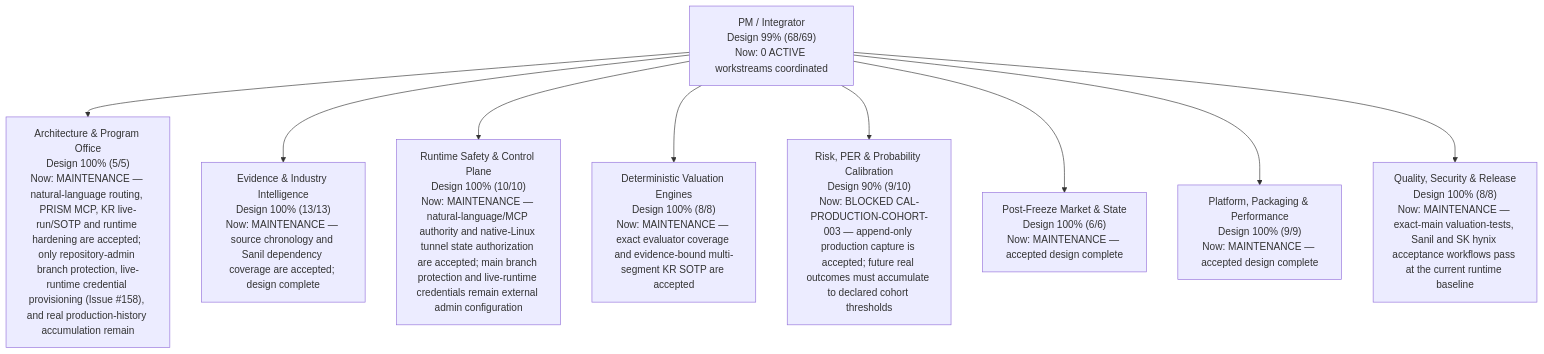
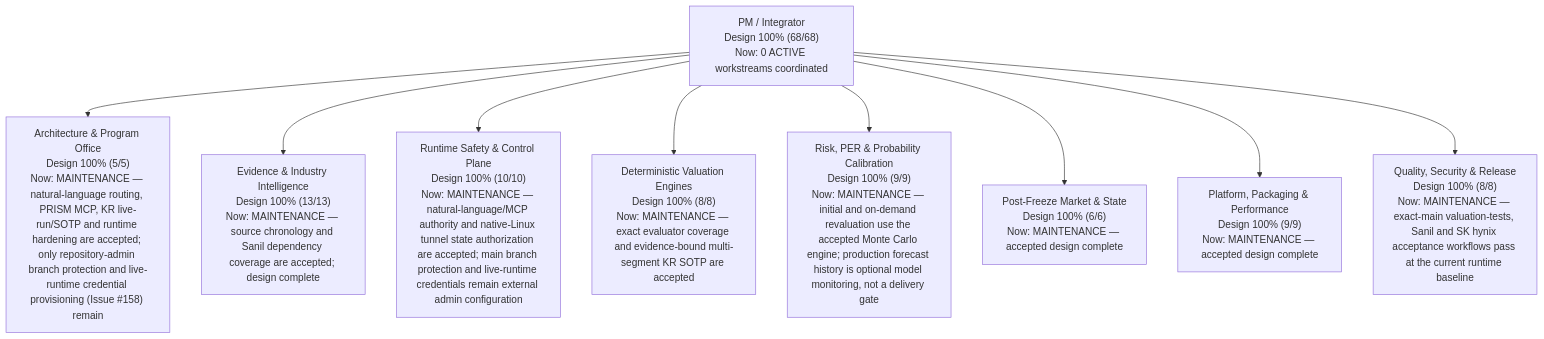
The diagram in PROJECT_STATUS.md (newwonwoo/valuation), drawn with Mermaid before and after one commit. The commit also changed other lines of this file, not shown here.

Commit message:
Regenerate project status without calibration blocker

````diff
--- a/PROJECT_STATUS.md
+++ b/PROJECT_STATUS.md
@@ -24,12 +24,12 @@
 ```mermaid
 flowchart TB
-  PM["PM / Integrator<br/>Design 99% (68/69)<br/>Now: 0 ACTIVE workstreams coordinated"]
-  PM --> PMO["Architecture & Program Office<br/>Design 100% (5/5)<br/>Now: MAINTENANCE — natural-language routing, PRISM MCP, KR live-run/SOTP and runtime hardening are accepted; only repository-admin branch protection, live-runtime credential provisioning (Issue #158), and real production-history accumulation remain"]
+  PM["PM / Integrator<br/>Design 100% (68/68)<br/>Now: 0 ACTIVE workstreams coordinated"]
+  PM --> PMO["Architecture & Program Office<br/>Design 100% (5/5)<br/>Now: MAINTENANCE — natural-language routing, PRISM MCP, KR live-run/SOTP and runtime hardening are accepted; only repository-admin branch protection and live-runtime credential provisioning (Issue #158) remain"]
   PM --> EVIDENCE["Evidence & Industry Intelligence<br/>Design 100% (13/13)<br/>Now: MAINTENANCE — source chronology and Sanil dependency coverage are accepted; design complete"]
   PM --> RUNTIME["Runtime Safety & Control Plane<br/>Design 100% (10/10)<br/>Now: MAINTENANCE — natural-language/MCP authority and native-Linux tunnel state authorization are accepted; main branch protection and live-runtime credentials remain external admin configuration"]
   PM --> VALUATION["Deterministic Valuation Engines<br/>Design 100% (8/8)<br/>Now: MAINTENANCE — exact evaluator coverage and evidence-bound multi-segment KR SOTP are accepted"]
-  PM --> CALIBRATION["Risk, PER & Probability Calibration<br/>Design 90% (9/10)<br/>Now: BLOCKED CAL-PRODUCTION-COHORT-003 — append-only production capture is accepted; future real outcomes must accumulate to declared cohort thresholds"]
+  PM --> CALIBRATION["Risk, PER & Probability Calibration<br/>Design 100% (9/9)<br/>Now: MAINTENANCE — initial and on-demand revaluation use the accepted Monte Carlo engine; production forecast history is optional model monitoring, not a delivery gate"]
   PM --> POST_FREEZE["Post-Freeze Market & State<br/>Design 100% (6/6)<br/>Now: MAINTENANCE — accepted design complete"]
   PM --> PLATFORM["Platform, Packaging & Performance<br/>Design 100% (9/9)<br/>Now: MAINTENANCE — accepted design complete"]
   PM --> QA_RELEASE["Quality, Security & Release<br/>Design 100% (8/8)<br/>Now: MAINTENANCE — exact-main valuation-tests, Sanil and SK hynix acceptance workflows pass at the current runtime baseline"]
 ```
````
